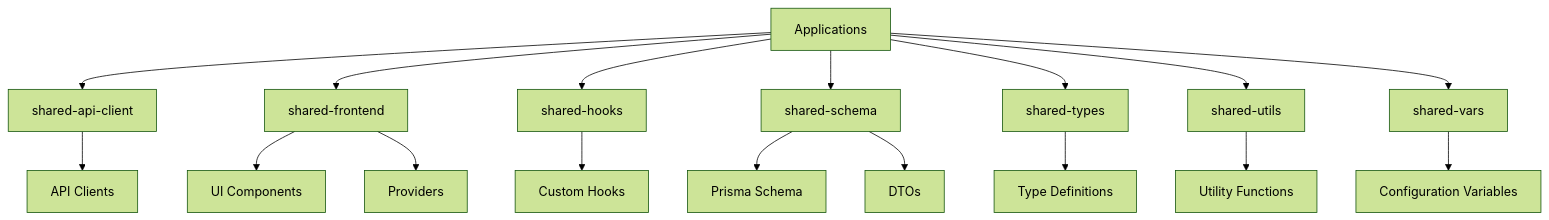
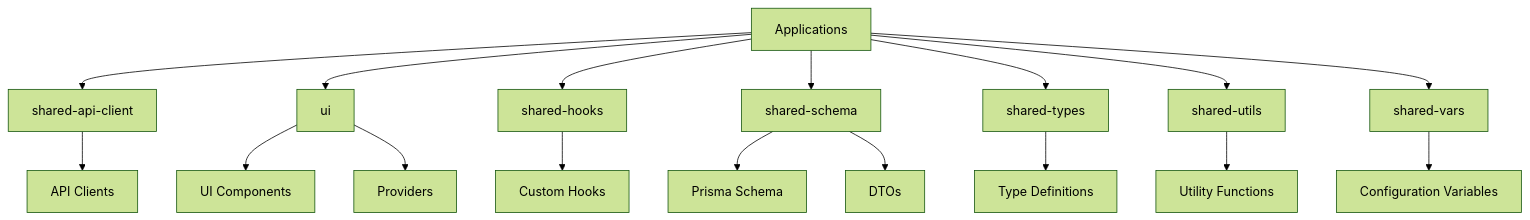
One commit to kimjoongwon/prj-core changed the eighth of 10 diagrams in .qoder/repowiki/en/content/Technology Stack.md. Above: the diagram before and after it, drawn with Mermaid (forest theme). The commit also changed other lines of this file and 56 other files, not shown here.

````diff
--- a/.qoder/repowiki/en/content/Technology Stack.md
+++ b/.qoder/repowiki/en/content/Technology Stack.md
@@ -515,19 +546,19 @@
 ```mermaid
 graph TD
 A[Applications] --> B[shared-api-client]
-A --> C[shared-frontend]
+A --> C[ui]
 A --> D[shared-hooks]
 A --> E[shared-schema]
 A --> F[shared-types]
 A --> G[shared-utils]
 A --> H[shared-vars]
 B --> I[API Clients]
 C --> J[UI Components]
 C --> K[Providers]
 D --> L[Custom Hooks]
 E --> M[Prisma Schema]
 E --> N[DTOs]
 F --> O[Type Definitions]
 G --> P[Utility Functions]
 H --> Q[Configuration Variables]
 ```
````
